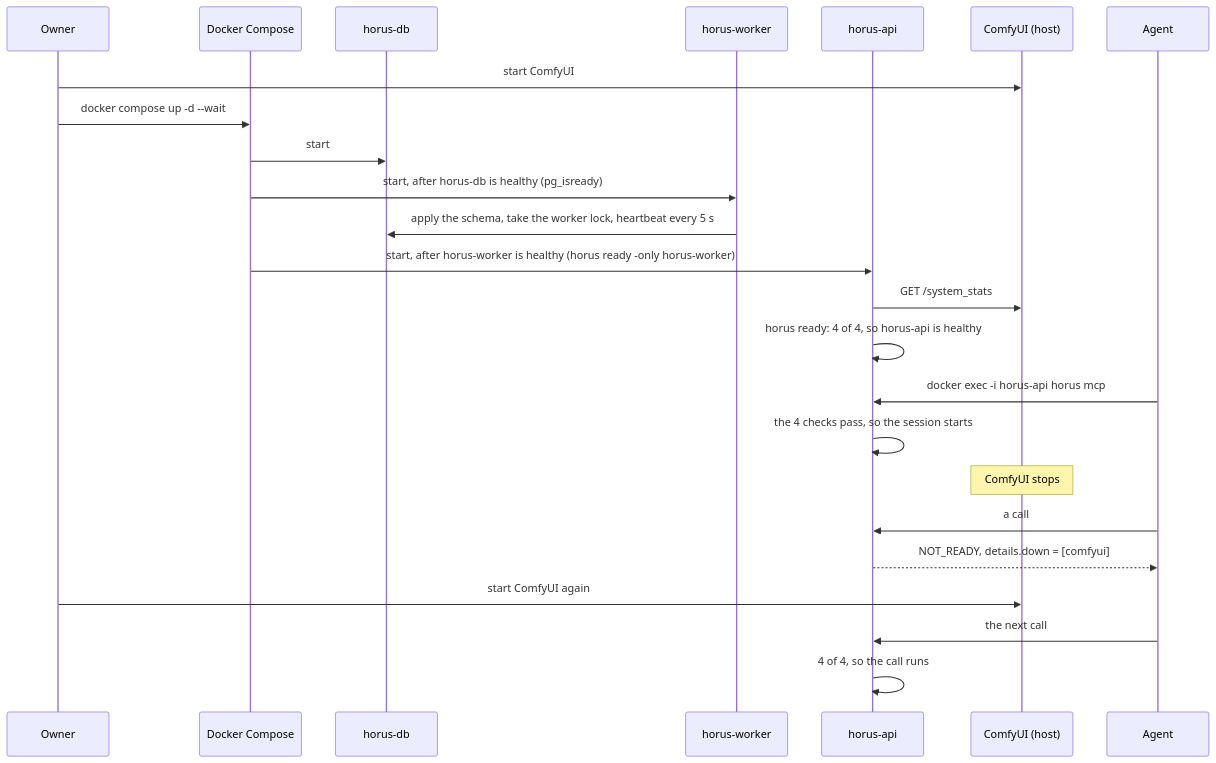
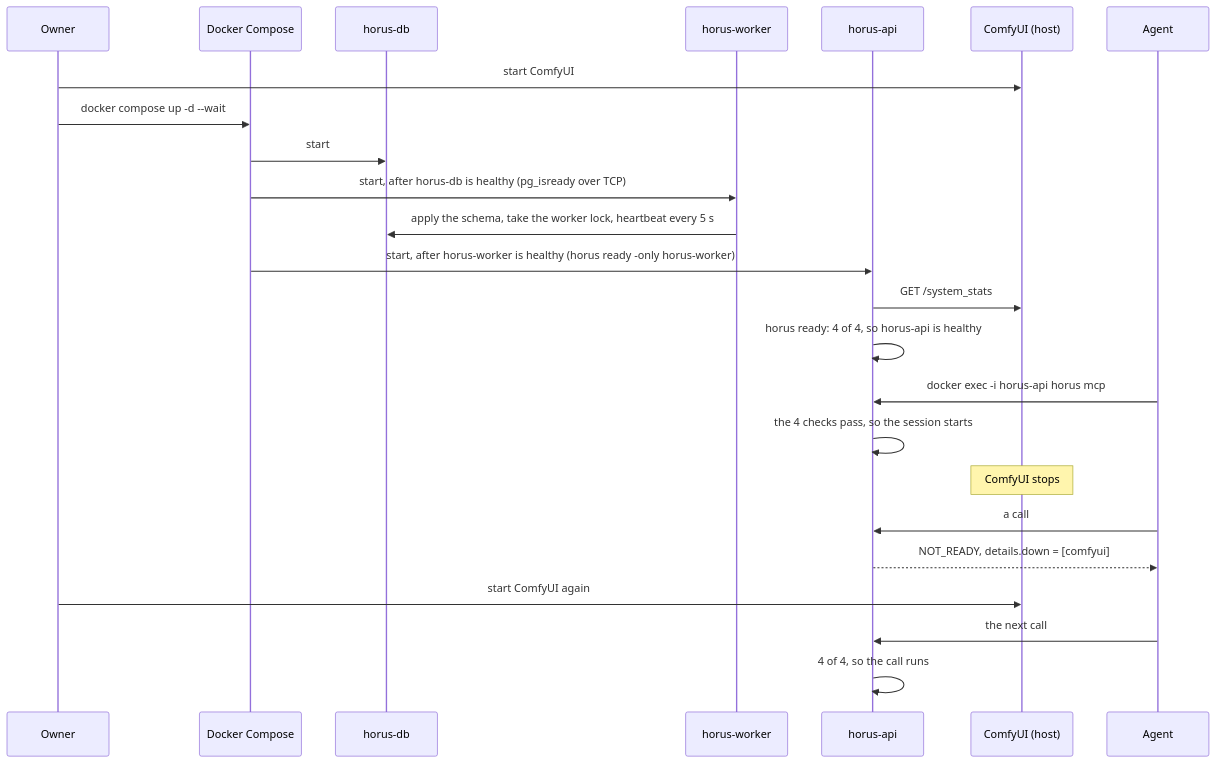
The seventh of 10 diagrams in docs/mcp.md (hieplam/horus), drawn with Mermaid before and after one commit. The commit also changed other lines of this file and 5 other files, not shown here.

First line of the commit message:
fix(stack): horus-db is healthy only when it accepts TCP (#257) (#259)

````diff
--- a/docs/mcp.md
+++ b/docs/mcp.md
@@ -596,26 +604,26 @@
 ```mermaid
 sequenceDiagram
   participant O as Owner
   participant D as Docker Compose
   participant DB as horus-db
   participant W as horus-worker
   participant API as horus-api
   participant C as ComfyUI (host)
   participant A as Agent
   O->>C: start ComfyUI
   O->>D: docker compose up -d --wait
   D->>DB: start
-  D->>W: start, after horus-db is healthy (pg_isready)
+  D->>W: start, after horus-db is healthy (pg_isready over TCP)
   W->>DB: apply the schema, take the worker lock, heartbeat every 5 s
   D->>API: start, after horus-worker is healthy (horus ready -only horus-worker)
   API->>C: GET /system_stats
   API->>API: horus ready: 4 of 4, so horus-api is healthy
   A->>API: docker exec -i horus-api horus mcp
   API->>API: the 4 checks pass, so the session starts
   Note over C: ComfyUI stops
   A->>API: a call
   API-->>A: NOT_READY, details.down = [comfyui]
   O->>C: start ComfyUI again
   A->>API: the next call
   API->>API: 4 of 4, so the call runs
 ```
````
